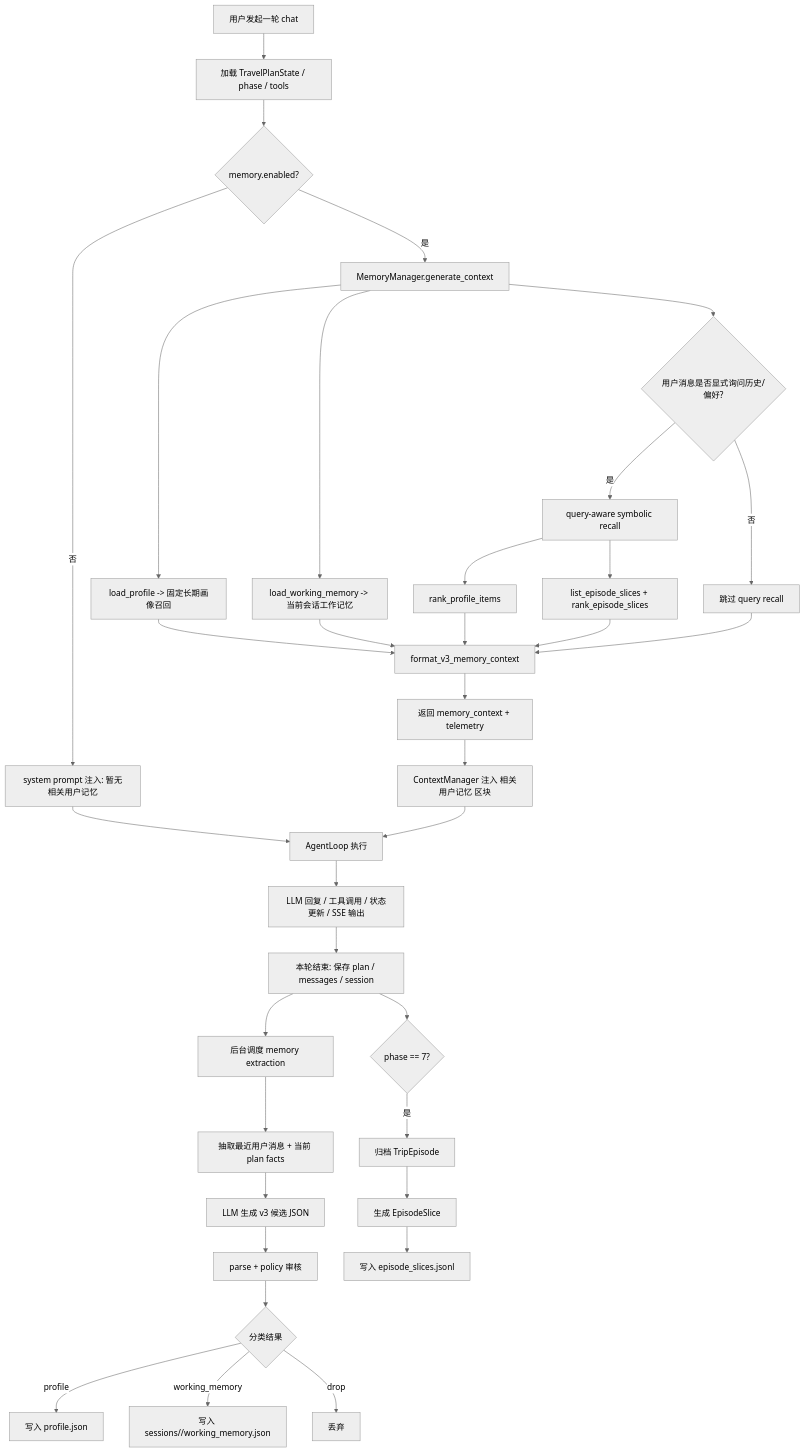
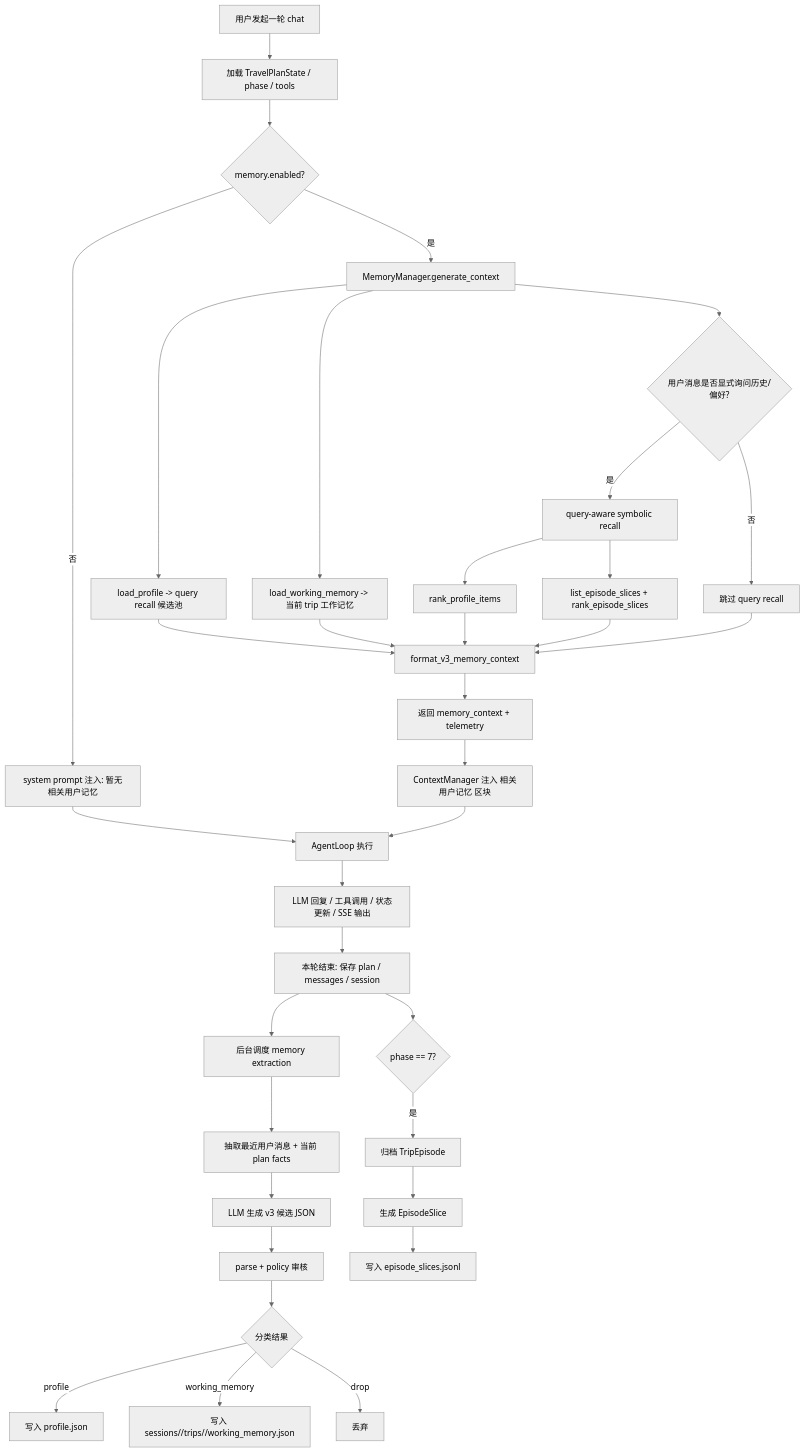
Before and after one commit to melonxi/travel_agent_pro: the first of 3 diagrams in docs/learning/2026-04-12-记忆系统流程.md, drawn with Mermaid (neutral theme). The commit also changed other lines of this file and 56 other files, not shown here.

````diff
--- a/docs/learning/2026-04-12-记忆系统流程.md
+++ b/docs/learning/2026-04-12-记忆系统流程.md
@@ -15,41 +15,41 @@
 ```mermaid
 flowchart TD
     A[用户发起一轮 chat] --> B[加载 TravelPlanState / phase / tools]
     B --> C{memory.enabled?}
 
     C -- 否 --> D[system prompt 注入: 暂无相关用户记忆]
     C -- 是 --> E[MemoryManager.generate_context]
-    E --> F1[load_profile -> 固定长期画像召回]
-    E --> F2[load_working_memory -> 当前会话工作记忆]
+    E --> F1[load_profile -> query recall 候选池]
+    E --> F2[load_working_memory -> 当前 trip 工作记忆]
     E --> F3{用户消息是否显式询问历史/偏好?}
     F3 -- 是 --> F4[query-aware symbolic recall]
     F4 --> F5[rank_profile_items]
     F4 --> F6[list_episode_slices + rank_episode_slices]
     F3 -- 否 --> G[跳过 query recall]
     F1 --> H[format_v3_memory_context]
     F2 --> H
     F5 --> H
     F6 --> H
     G --> H
     H --> I[返回 memory_context + telemetry]
     I --> J[ContextManager 注入 相关用户记忆 区块]
 
     D --> K[AgentLoop 执行]
     J --> K
     K --> L[LLM 回复 / 工具调用 / 状态更新 / SSE 输出]
 
     L --> M[本轮结束: 保存 plan / messages / session]
     M --> N[后台调度 memory extraction]
     N --> O[抽取最近用户消息 + 当前 plan facts]
     O --> P[LLM 生成 v3 候选 JSON]
     P --> Q[parse + policy 审核]
     Q --> R{分类结果}
     R -- profile --> S[写入 profile.json]
-    R -- working_memory --> T[写入 sessions/<session_id>/working_memory.json]
+    R -- working_memory --> T[写入 sessions/<session_id>/trips/<trip_id>/working_memory.json]
     R -- drop --> U[丢弃]
 
     M --> V{phase == 7?}
     V -- 是 --> W[归档 TripEpisode]
     W --> X[生成 EpisodeSlice]
     X --> Y[写入 episode_slices.jsonl]
 ```
````
